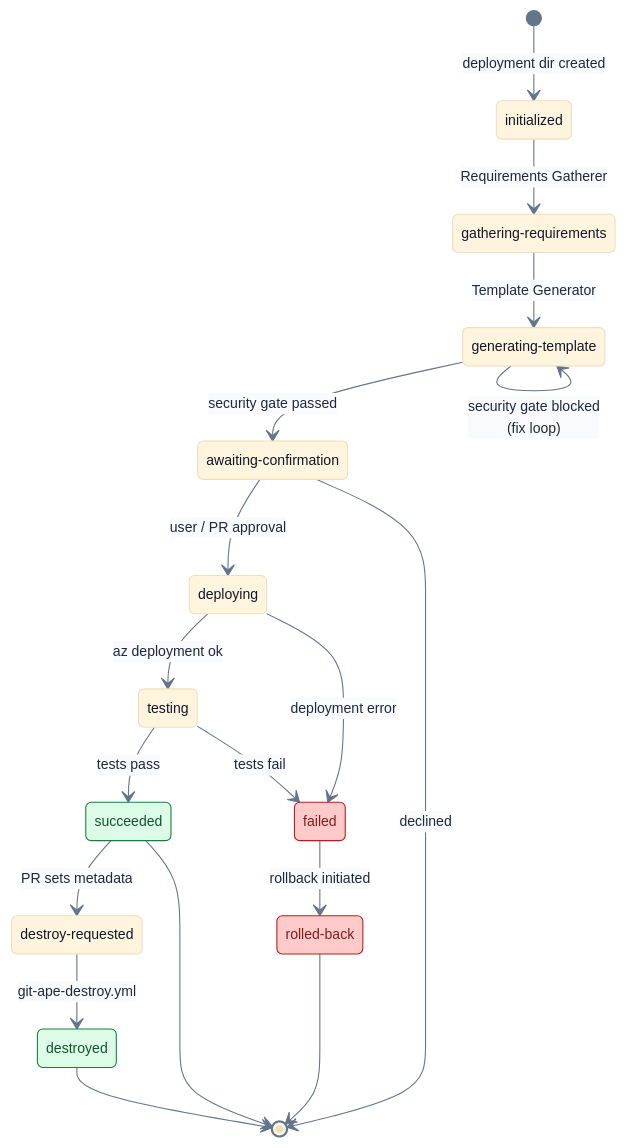
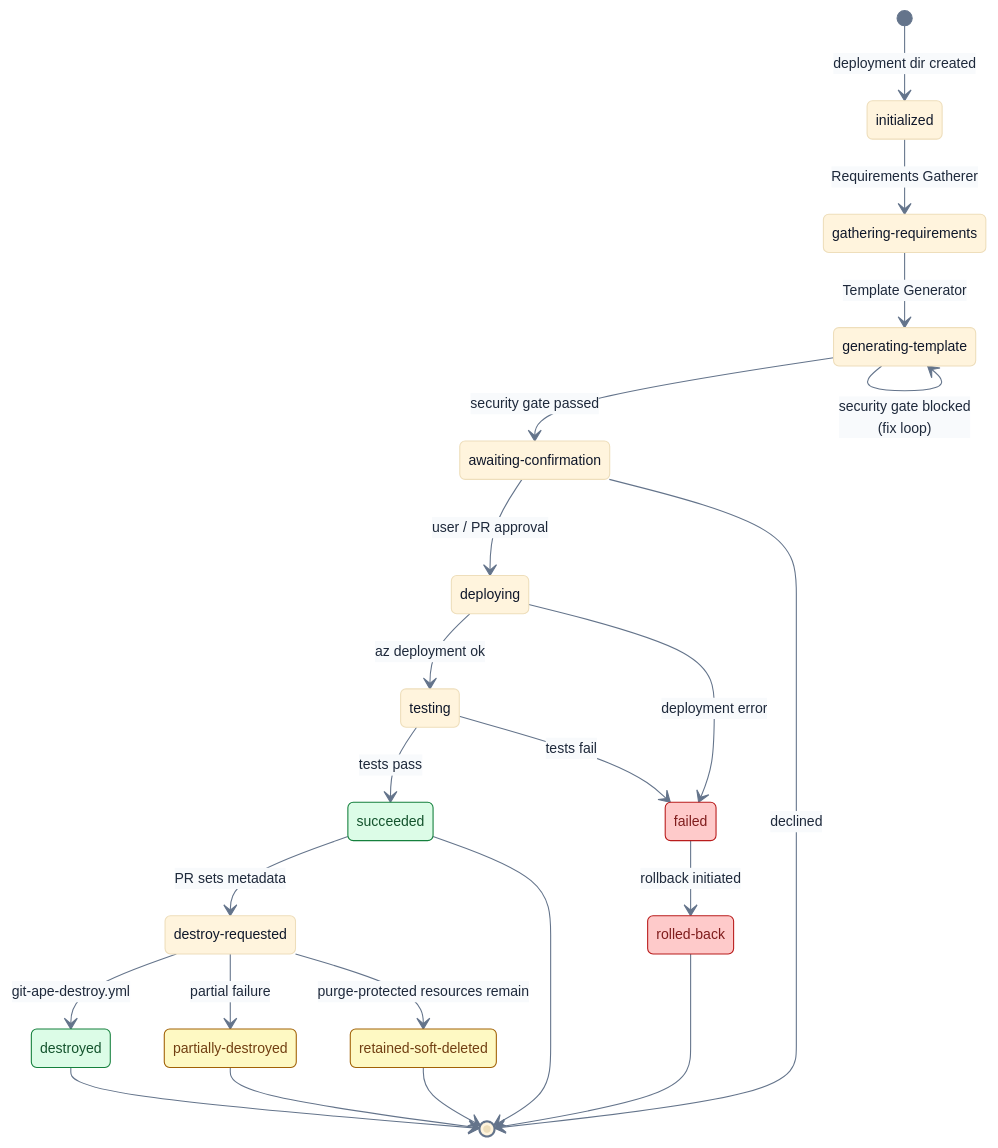
The diagram in website/docs/deployment/state.md (Azure/git-ape), drawn with Mermaid before and after one commit. The commit also changed other lines of this file and 4 other files, not shown here.

````diff
--- a/website/docs/deployment/state.md
+++ b/website/docs/deployment/state.md
@@ -31,32 +31,41 @@
 ```mermaid
 %%{init: {'theme':'base','themeVariables':{'fontSize':'13px','lineColor':'#64748b','textColor':'#1e293b','primaryTextColor':'#0f172a','edgeLabelBackground':'#f8fafc','tertiaryColor':'#f1f5f9'}}}%%
 stateDiagram-v2
     state "gathering-requirements" as gatheringRequirements
     state "generating-template" as generatingTemplate
     state "awaiting-confirmation" as awaitingConfirmation
     state "rolled-back" as rolledBack
     state "destroy-requested" as destroyRequested
 
     [*] --> initialized: deployment dir created
     initialized --> gatheringRequirements: Requirements Gatherer
     gatheringRequirements --> generatingTemplate: Template Generator
     generatingTemplate --> awaitingConfirmation: security gate passed
     generatingTemplate --> generatingTemplate: security gate blocked<br/>(fix loop)
     awaitingConfirmation --> deploying: user / PR approval
     awaitingConfirmation --> [*]: declined
     deploying --> testing: az deployment ok
     deploying --> failed: deployment error
     testing --> succeeded: tests pass
     testing --> failed: tests fail
     failed --> rolledBack: rollback initiated
     succeeded --> destroyRequested: PR sets metadata
     destroyRequested --> destroyed: git-ape-destroy.yml
+    destroyRequested --> partiallyDestroyed: partial failure
+    destroyRequested --> retainedSoftDeleted: purge-protected resources remain
     succeeded --> [*]
     rolledBack --> [*]
     destroyed --> [*]
+    partiallyDestroyed --> [*]
+    retainedSoftDeleted --> [*]
+
+    state "partially-destroyed" as partiallyDestroyed
+    state "retained-soft-deleted" as retainedSoftDeleted
 
     classDef terminal fill:#dcfce7,stroke:#15803d,color:#14532d
     classDef error fill:#fecaca,stroke:#b91c1c,color:#7f1d1d
+    classDef warning fill:#fef9c3,stroke:#a16207,color:#713f12
     class succeeded,destroyed terminal
     class failed,rolledBack error
+    class partiallyDestroyed,retainedSoftDeleted warning
 ```
````
